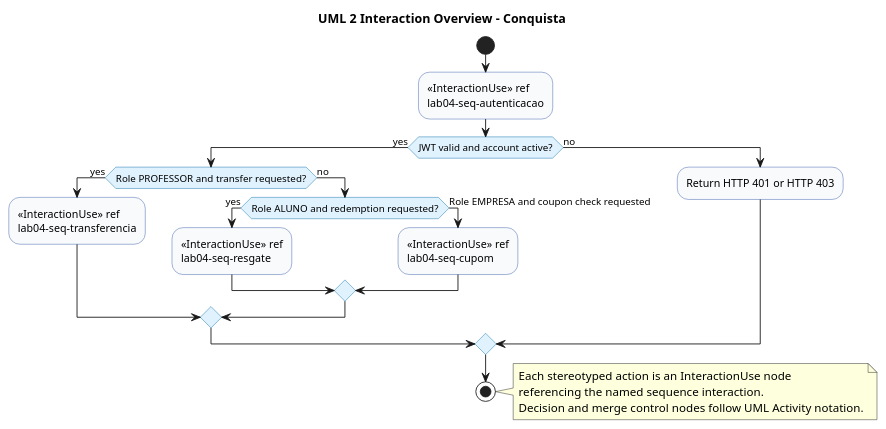
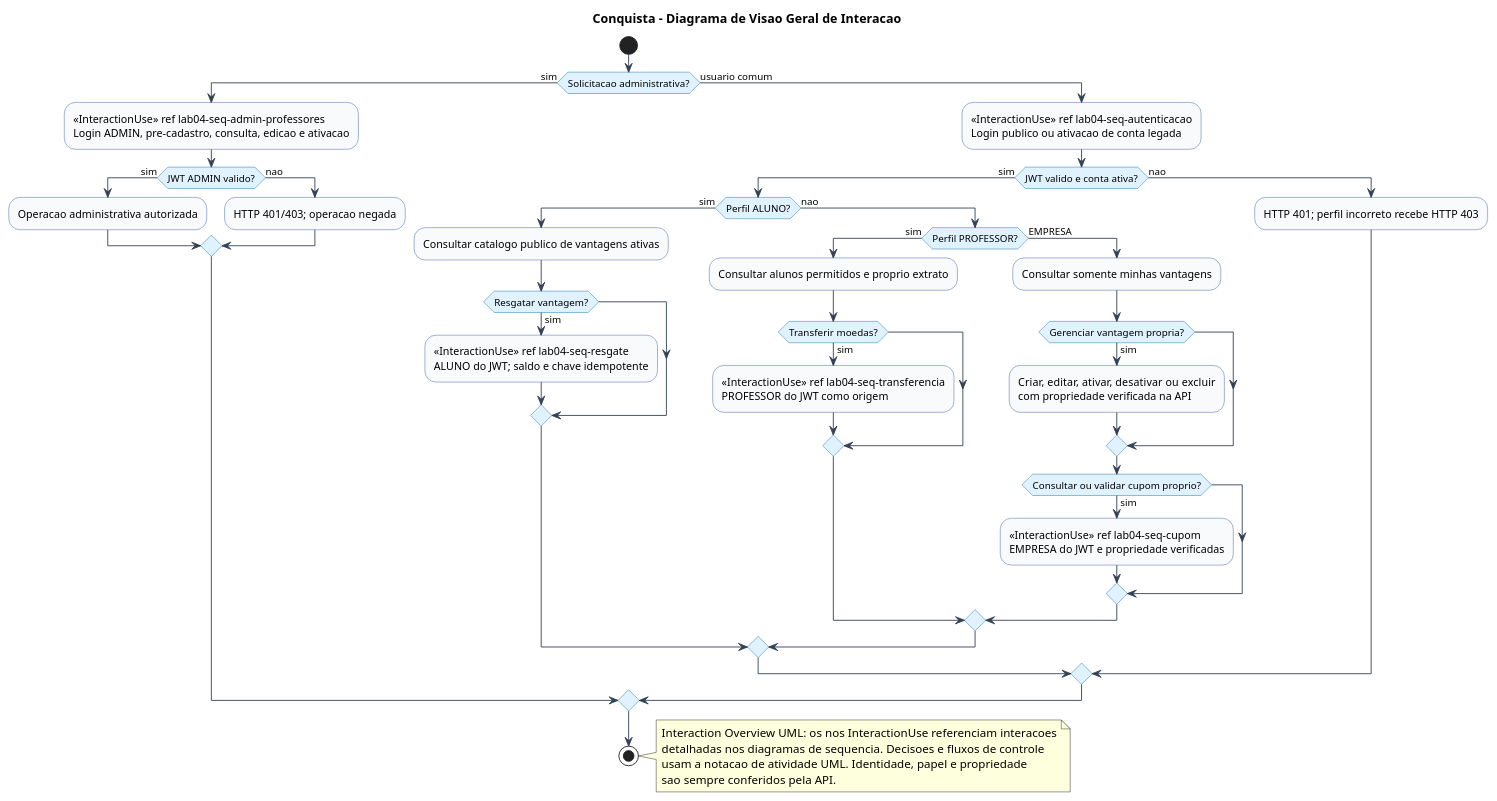
The diagram in docs/modelagem/lab04-visao-geral-interacao.puml (gusLeonardi/moeda-estudantil), drawn with PlantUML before and after one commit. The commit also changed 58 other files, not shown here.

Commit message:
feat: complete Lab04 authentication, authorization and UML diagrams

```diff
--- a/docs/modelagem/lab04-visao-geral-interacao.puml
+++ b/docs/modelagem/lab04-visao-geral-interacao.puml
@@ -1,32 +1,56 @@
 @startuml
-title UML 2 Interaction Overview - Conquista
+title Conquista - Diagrama de Visao Geral de Interacao
+skinparam shadowing false
 skinparam activity {
   BackgroundColor #F8FAFC
   BorderColor #3155A6
   DiamondBackgroundColor #E0F2FE
   DiamondBorderColor #0369A1
+  ArrowColor #334155
 }
 
 start
-:<<InteractionUse>> ref\nlab04-seq-autenticacao;
-if (JWT valid and account active?) then (yes)
-  if (Role PROFESSOR and transfer requested?) then (yes)
-    :<<InteractionUse>> ref\nlab04-seq-transferencia;
-  else (no)
-    if (Role ALUNO and redemption requested?) then (yes)
-      :<<InteractionUse>> ref\nlab04-seq-resgate;
-    else (Role EMPRESA and coupon check requested)
-      :<<InteractionUse>> ref\nlab04-seq-cupom;
+if (Solicitacao administrativa?) then (sim)
+  :<<InteractionUse>> ref lab04-seq-admin-professores\nLogin ADMIN, pre-cadastro, consulta, edicao e ativacao;
+  if (JWT ADMIN valido?) then (sim)
+    :Operacao administrativa autorizada;
+  else (nao)
+    :HTTP 401/403; operacao negada;
+  endif
+else (usuario comum)
+  :<<InteractionUse>> ref lab04-seq-autenticacao\nLogin publico ou ativacao de conta legada;
+  if (JWT valido e conta ativa?) then (sim)
+    if (Perfil ALUNO?) then (sim)
+      :Consultar catalogo publico de vantagens ativas;
+      if (Resgatar vantagem?) then (sim)
+        :<<InteractionUse>> ref lab04-seq-resgate\nALUNO do JWT; saldo e chave idempotente;
+      endif
+    else (nao)
+      if (Perfil PROFESSOR?) then (sim)
+        :Consultar alunos permitidos e proprio extrato;
+        if (Transferir moedas?) then (sim)
+          :<<InteractionUse>> ref lab04-seq-transferencia\nPROFESSOR do JWT como origem;
+        endif
+      else (EMPRESA)
+        :Consultar somente minhas vantagens;
+        if (Gerenciar vantagem propria?) then (sim)
+          :Criar, editar, ativar, desativar ou excluir\ncom propriedade verificada na API;
+        endif
+        if (Consultar ou validar cupom proprio?) then (sim)
+          :<<InteractionUse>> ref lab04-seq-cupom\nEMPRESA do JWT e propriedade verificadas;
+        endif
+      endif
     endif
+  else (nao)
+    :HTTP 401; perfil incorreto recebe HTTP 403;
   endif
-else (no)
-  :Return HTTP 401 or HTTP 403;
 endif
 stop
 
 note right
-  Each stereotyped action is an InteractionUse node
-  referencing the named sequence interaction.
-  Decision and merge control nodes follow UML Activity notation.
+  Interaction Overview UML: os nos InteractionUse referenciam interacoes
+  detalhadas nos diagramas de sequencia. Decisoes e fluxos de controle
+  usam a notacao de atividade UML. Identidade, papel e propriedade
+  sao sempre conferidos pela API.
 end note
 @enduml
```
